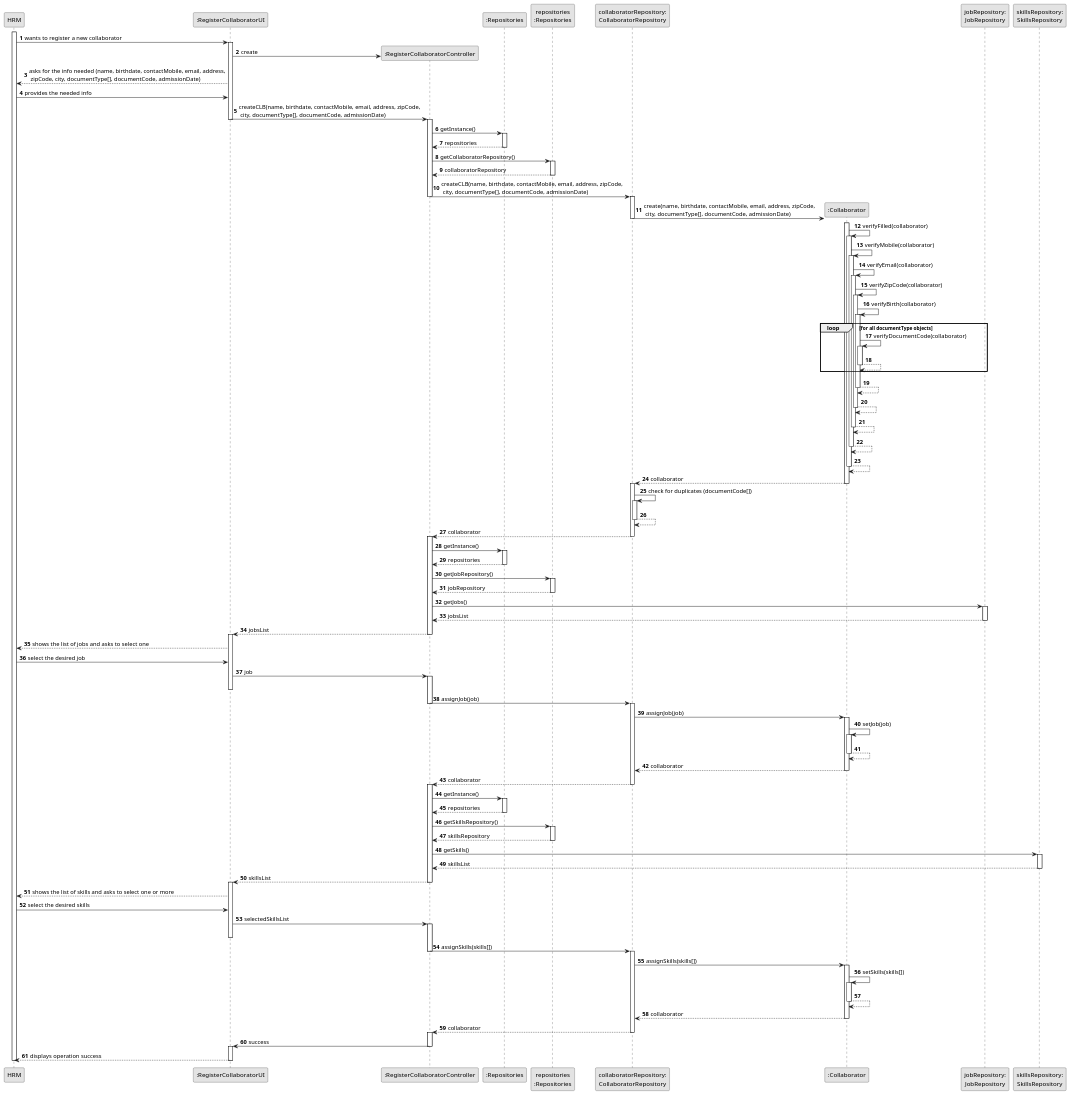
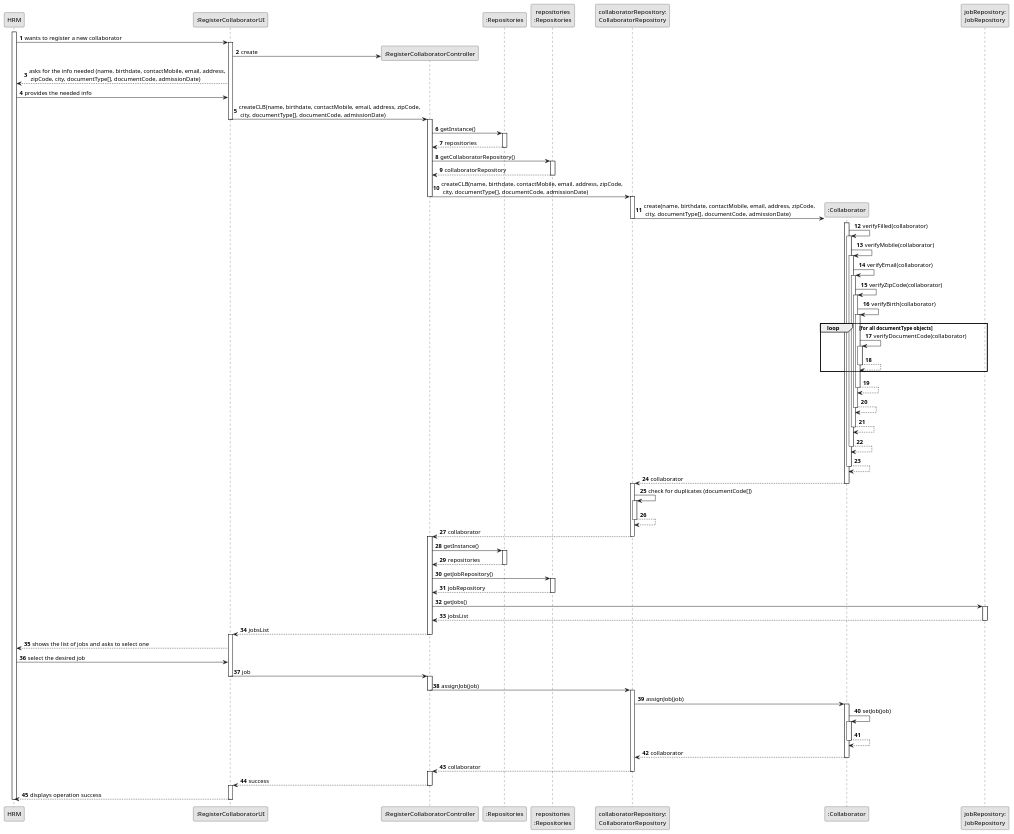
Before and after one commit to ricardomm7/leaflink: the diagram in docs/sprintB/us003/03.design/puml/us003-sequence-diagram-full.puml, drawn with PlantUML. The commit also changed 3 other files, not shown here.

```diff
--- a/docs/sprintB/us003/03.design/puml/us003-sequence-diagram-full.puml
+++ b/docs/sprintB/us003/03.design/puml/us003-sequence-diagram-full.puml
@@ -1,164 +1,130 @@
 @startuml
 skinparam monochrome true
 skinparam packageStyle rectangle
 skinparam shadowing false
 
 autonumber
 
 participant "HRM" as HRM
 participant ":RegisterCollaboratorUI" as UI
 participant ":RegisterCollaboratorController" as CTRL
 participant ":Repositories" as GlobRepo
 participant "repositories\n:Repositories" as PLAT
 participant "collaboratorRepository:\nCollaboratorRepository" as CLBREP
 participant ":Collaborator" as CLB
 participant "jobRepository:\nJobRepository" as jobRepository
-participant "skillsRepository:\nSkillsRepository" as skillsRepository
 
 
 activate HRM
 HRM -> UI : wants to register a new collaborator
 activate UI
 UI -> CTRL** : create
 UI --> HRM : asks for the info needed (name, birthdate, contactMobile, email, address,\n zipCode, city, documentType[], documentCode, admissionDate)
 HRM -> UI : provides the needed info
 'UI --> HRM : shows a verification dialog
 'HRM -> UI : confirms collaborator creation
 UI -> CTRL : createCLB(name, birthdate, contactMobile, email, address, zipCode,\n city, documentType[], documentCode, admissionDate)
 deactivate UI
 activate CTRL
 CTRL -> GlobRepo : getInstance()
 activate GlobRepo
 GlobRepo --> CTRL : repositories
 deactivate GlobRepo
 CTRL -> PLAT : getCollaboratorRepository()
 activate PLAT
 PLAT -->  CTRL: collaboratorRepository
 deactivate PLAT
 
 CTRL -> CLBREP : createCLB(name, birthdate, contactMobile, email, address, zipCode,\n city, documentType[], documentCode, admissionDate)
 deactivate CTRL
 activate CLBREP
 CLBREP->CLB** : create(name, birthdate, contactMobile, email, address, zipCode,\n city, documentType[], documentCode, admissionDate)
 deactivate CLBREP
 activate CLB
 CLB -> CLB : verifyFilled(collaborator)
 activate CLB
 CLB -> CLB : verifyMobile(collaborator)
 activate CLB
 CLB -> CLB : verifyEmail(collaborator)
 activate CLB
 CLB -> CLB : verifyZipCode(collaborator)
 activate CLB
 CLB -> CLB : verifyBirth(collaborator)
 activate CLB
 
 loop for all documentType objects
 CLB -> CLB : verifyDocumentCode(collaborator)
 activate CLB
 CLB --> CLB
 deactivate CLB
 end loop
 
 CLB --> CLB
 deactivate CLB
 CLB --> CLB
 deactivate CLB
 CLB --> CLB
 deactivate CLB
 CLB --> CLB
 deactivate CLB
 CLB --> CLB
 deactivate CLB
 
 CLB -->CLBREP : collaborator
 deactivate CLB
 activate CLBREP
 
 CLBREP -> CLBREP : check for duplicates (documentCode[])
 activate CLBREP
 CLBREP --> CLBREP
 deactivate CLBREP
 CLBREP --> CTRL : collaborator
 deactivate CLBREP
 
 activate CTRL
 CTRL -> GlobRepo : getInstance()
 activate GlobRepo
 GlobRepo --> CTRL : repositories
 deactivate GlobRepo
 CTRL -> PLAT : getJobRepository()
 activate PLAT
 PLAT -->  CTRL: jobRepository
 deactivate PLAT
 CTRL -> jobRepository : getJobs()
 activate jobRepository
 jobRepository --> CTRL : jobsList
 deactivate jobRepository
 CTRL -->UI : jobsList
 deactivate CTRL
 activate UI
 UI --> HRM : shows the list of jobs and asks to select one
 HRM -> UI : select the desired job
 UI -> CTRL : job
+deactivate UI
 activate CTRL
-deactivate UI
+
 
 CTRL ->CLBREP : assignJob(job)
 deactivate CTRL
 activate CLBREP
 
 CLBREP -> CLB : assignJob(job)
 activate CLB
 CLB -> CLB : setJob(job)
 activate CLB
 CLB --> CLB
 deactivate CLB
 CLB --> CLBREP : collaborator
 deactivate CLB
 CLBREP --> CTRL : collaborator
 deactivate CLBREP
 activate CTRL
 
-CTRL -> GlobRepo : getInstance()
-activate GlobRepo
-GlobRepo --> CTRL : repositories
-deactivate GlobRepo
-CTRL -> PLAT : getSkillsRepository()
-activate PLAT
-PLAT -->  CTRL: skillsRepository
-deactivate PLAT
-CTRL -> skillsRepository : getSkills()
-activate skillsRepository
-skillsRepository --> CTRL : skillsList
-deactivate skillsRepository
-CTRL --> UI : skillsList
-deactivate CTRL
-activate UI
-UI --> HRM : shows the list of skills and asks to select one or more
-HRM -> UI : select the desired skills
-UI -> CTRL : selectedSkillsList
-activate CTRL
-deactivate UI
 
-CTRL -> CLBREP : assignSkills(skills[])
-deactivate CTRL
-activate CLBREP
-CLBREP -> CLB : assignSkills(skills[])
-activate CLB
-CLB -> CLB : setSkills(skills[])
-activate CLB
-CLB --> CLB
-deactivate CLB
-CLB --> CLBREP : collaborator
-deactivate CLB
-CLBREP --> CTRL : collaborator
-deactivate CLBREP
-activate CTRL
-CTRL -> UI : success
+CTRL --> UI : success
 deactivate CTRL
 activate UI
 UI --> HRM : displays operation success
 deactivate UI
 deactivate HRM
 @enduml
```
